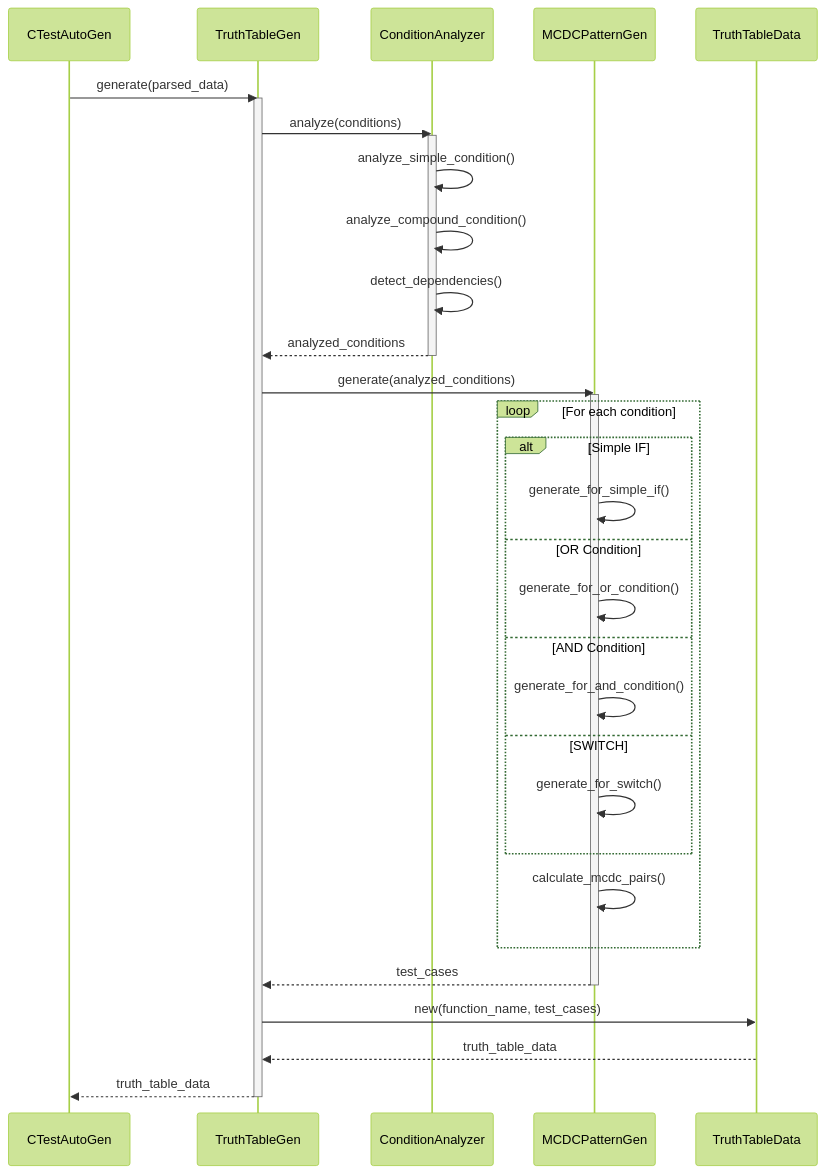
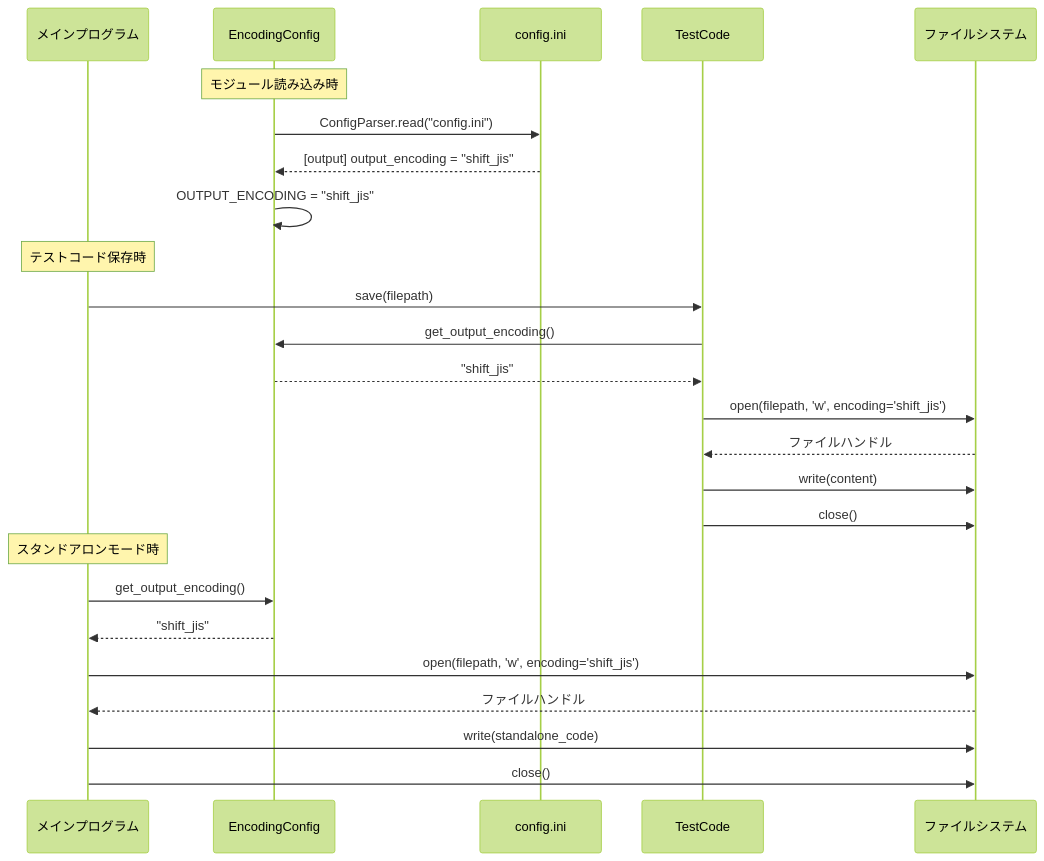
One commit to ryu5791/AutoUniTestGen changed the second of 7 diagrams in doc/design_sequence_diagram.md. Above: the diagram before and after it, drawn with Mermaid (forest theme). The commit also changed other lines of this file and 1 other file, not shown here.

Commit message:
シーケンス、クラス図更新

````diff
--- a/doc/design_sequence_diagram.md
+++ b/doc/design_sequence_diagram.md
@@ -174,47 +77,30 @@
 ```mermaid
 sequenceDiagram
-    participant CTestAutoGen
-    participant TruthTableGen
-    participant ConditionAnalyzer
-    participant MCDCPatternGen
-    participant TruthTableData
+    participant Main as メインプログラム
+    participant EncConfig as EncodingConfig
+    participant Config as config.ini
+    participant TestCode as TestCode
+    participant FileSystem as ファイルシステム
     
-    CTestAutoGen->>TruthTableGen: generate(parsed_data)
-    activate TruthTableGen
+    Note over EncConfig: モジュール読み込み時
+    EncConfig->>Config: ConfigParser.read("config.ini")
+    Config-->>EncConfig: [output] output_encoding = "shift_jis"
+    EncConfig->>EncConfig: OUTPUT_ENCODING = "shift_jis"
     
-    TruthTableGen->>ConditionAnalyzer: analyze(conditions)
-    activate ConditionAnalyzer
+    Note over Main: テストコード保存時
+    Main->>TestCode: save(filepath)
+    TestCode->>EncConfig: get_output_encoding()
+    EncConfig-->>TestCode: "shift_jis"
+    TestCode->>FileSystem: open(filepath, 'w', encoding='shift_jis')
+    FileSystem-->>TestCode: ファイルハンドル
+    TestCode->>FileSystem: write(content)
+    TestCode->>FileSystem: close()
     
-    ConditionAnalyzer->>ConditionAnalyzer: analyze_simple_condition()
-    ConditionAnalyzer->>ConditionAnalyzer: analyze_compound_condition()
-    ConditionAnalyzer->>ConditionAnalyzer: detect_dependencies()
-    
-    ConditionAnalyzer-->>TruthTableGen: analyzed_conditions
-    deactivate ConditionAnalyzer
-    
-    TruthTableGen->>MCDCPatternGen: generate(analyzed_conditions)
-    activate MCDCPatternGen
-    
-    loop For each condition
-        alt Simple IF
-            MCDCPatternGen->>MCDCPatternGen: generate_for_simple_if()
-        else OR Condition
-            MCDCPatternGen->>MCDCPatternGen: generate_for_or_condition()
-        else AND Condition
-            MCDCPatternGen->>MCDCPatternGen: generate_for_and_condition()
-        else SWITCH
-            MCDCPatternGen->>MCDCPatternGen: generate_for_switch()
-        end
-        
-        MCDCPatternGen->>MCDCPatternGen: calculate_mcdc_pairs()
-    end
-    
-    MCDCPatternGen-->>TruthTableGen: test_cases
-    deactivate MCDCPatternGen
-    
-    TruthTableGen->>TruthTableData: new(function_name, test_cases)
-    TruthTableData-->>TruthTableGen: truth_table_data
-    
-    TruthTableGen-->>CTestAutoGen: truth_table_data
-    deactivate TruthTableGen
+    Note over Main: スタンドアロンモード時
+    Main->>EncConfig: get_output_encoding()
+    EncConfig-->>Main: "shift_jis"
+    Main->>FileSystem: open(filepath, 'w', encoding='shift_jis')
+    FileSystem-->>Main: ファイルハンドル
+    Main->>FileSystem: write(standalone_code)
+    Main->>FileSystem: close()
 ```
````
